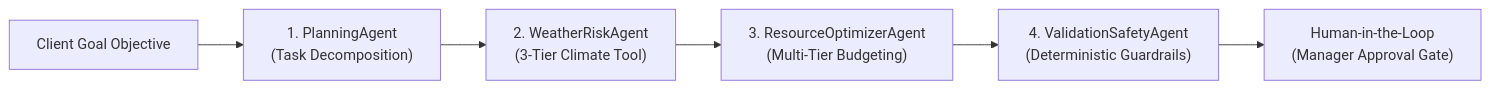
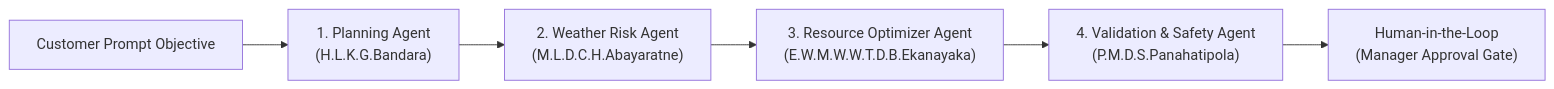
One commit to gayax000/EventManagementProject changed the second of 2 diagrams in README.md. Above: the diagram before and after it, drawn with Mermaid. The commit also changed other lines of this file and 4 other files, not shown here.

````diff
--- a/README.md
+++ b/README.md
@@ -79,8 +83,8 @@
 ```mermaid
 flowchart LR
-    A["Client Goal Objective"] --> B["1. PlanningAgent<br/>(Task Decomposition)"]
-    B --> C["2. WeatherRiskAgent<br/>(3-Tier Climate Tool)"]
-    C --> D["3. ResourceOptimizerAgent<br/>(Multi-Tier Budgeting)"]
-    D --> E["4. ValidationSafetyAgent<br/>(Deterministic Guardrails)"]
+    A["Customer Prompt Objective"] --> B["1. Planning Agent<br/>(H.L.K.G.Bandara)"]
+    B --> C["2. Weather Risk Agent<br/>(M.L.D.C.H.Abayaratne)"]
+    C --> D["3. Resource Optimizer Agent<br/>(E.W.M.W.W.T.D.B.Ekanayaka)"]
+    D --> E["4. Validation & Safety Agent<br/>(P.M.D.S.Panahatipola)"]
     E --> F["Human-in-the-Loop<br/>(Manager Approval Gate)"]
 ```
````
